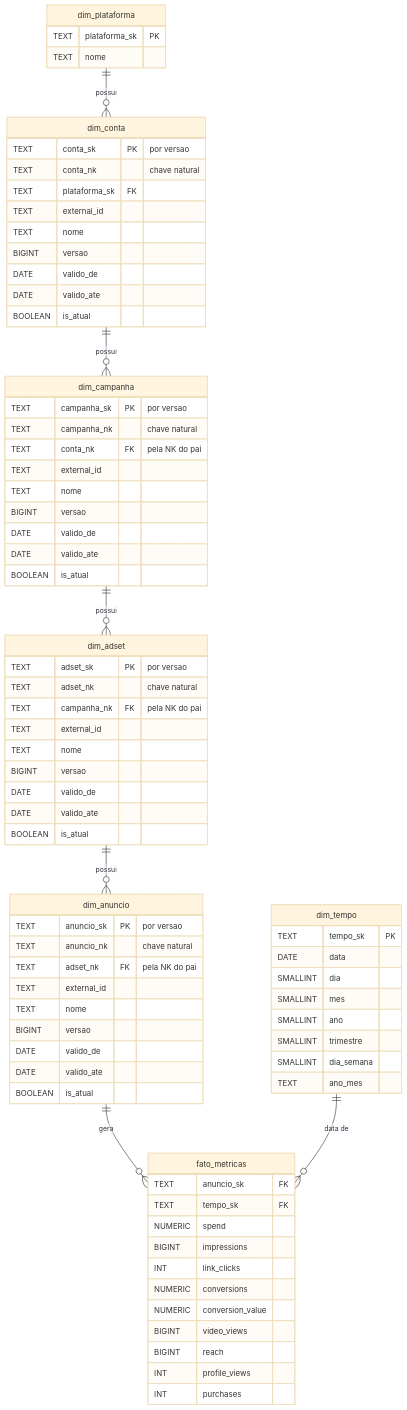
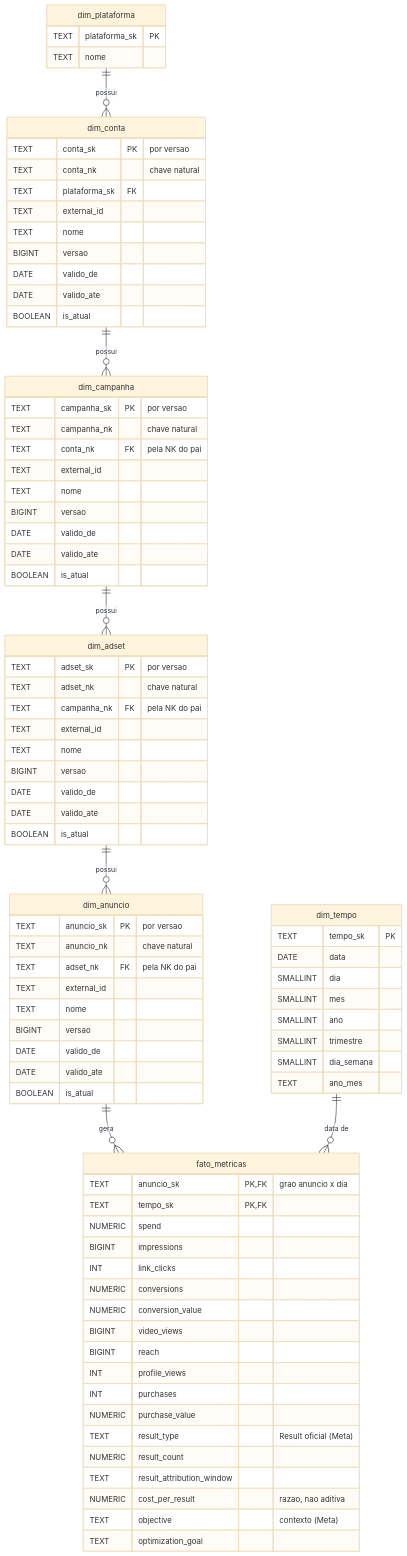
Before and after one commit to pedropaulo-d/pipeline_marketing: the diagram in docs/der.md, drawn with Mermaid (base theme). The commit also changed other lines of this file and 1 other file, not shown here.

````diff
--- a/docs/der.md
+++ b/docs/der.md
@@ -87,8 +87,8 @@
     }
 
     fato_metricas {
-        TEXT    anuncio_sk FK
-        TEXT    tempo_sk FK
+        TEXT    anuncio_sk PK, FK "grao anuncio x dia"
+        TEXT    tempo_sk PK, FK
         NUMERIC spend
         BIGINT  impressions
         INT     link_clicks
@@ -98,5 +98,12 @@
         BIGINT  reach
         INT     profile_views
         INT     purchases
+        NUMERIC purchase_value
+        TEXT    result_type "Result oficial (Meta)"
+        NUMERIC result_count
+        TEXT    result_attribution_window
+        NUMERIC cost_per_result "razao, nao aditiva"
+        TEXT    objective "contexto (Meta)"
+        TEXT    optimization_goal
     }
 ```
````
